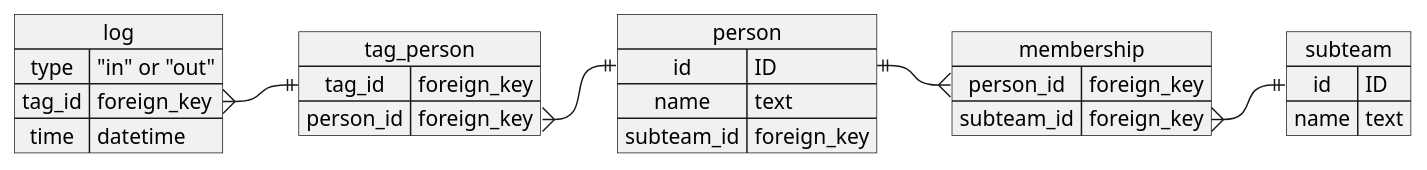
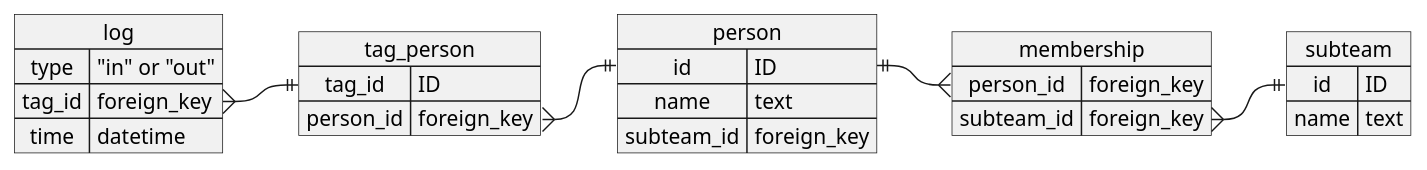
The diagram in schema.puml (jarkad/roboteam-door-tracker), drawn with PlantUML before and after one commit.

Commit message:
schema: fix type of tag_person::tag_id (foreign_key -> ID)

```diff
--- a/schema.puml
+++ b/schema.puml
@@ -1,37 +1,37 @@
 @startuml
 
 map log {
 	type => "in" or "out"
 	tag_id => foreign_key
 	time => datetime
 }
 
 map tag_person {
-	tag_id => foreign_key
+	tag_id => ID
 	person_id => foreign_key
 }
 
 map person {
 	id => ID
 	name => text
 	subteam_id => foreign_key
 }
 
 map membership {
 	person_id => foreign_key
 	subteam_id => foreign_key
 }
 
 map subteam {
 	id => ID
 	name => text
 }
 
 log::tag_id           }-|| tag_person::tag_id
 tag_person::person_id }-|| person::id
 
 person::id ||-{ membership::person_id
 
 membership::subteam_id }-|| subteam::id
 
 @enduml
```
